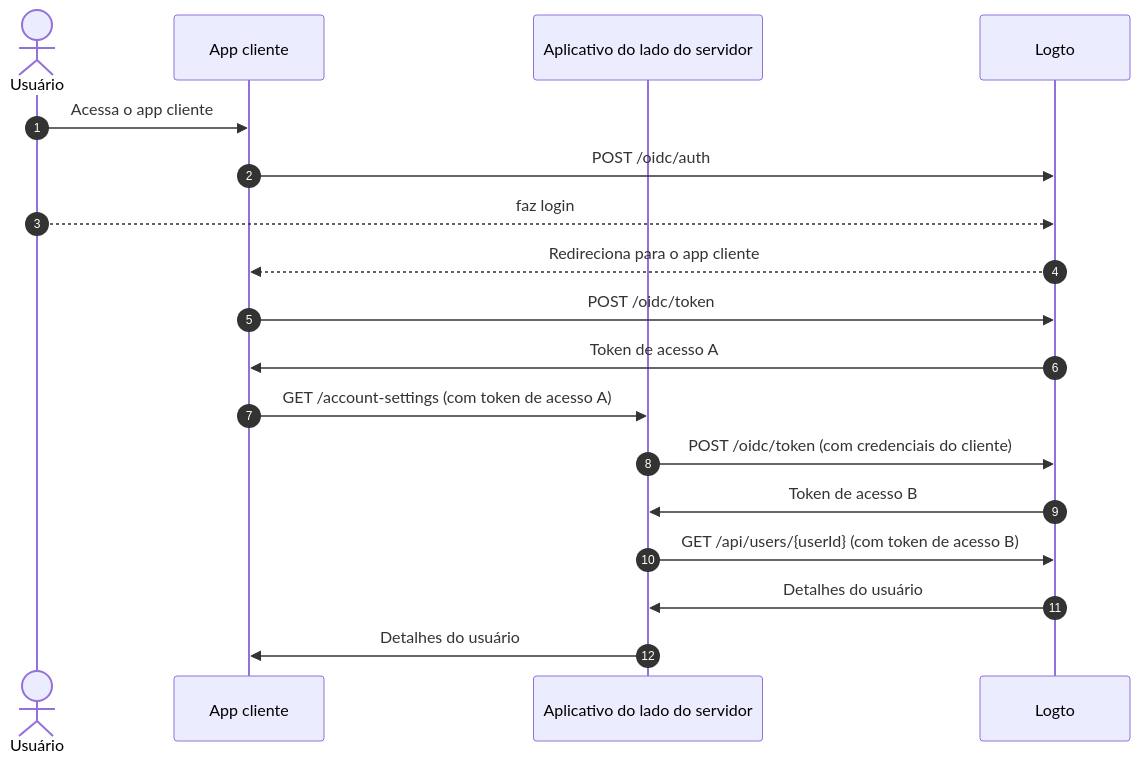
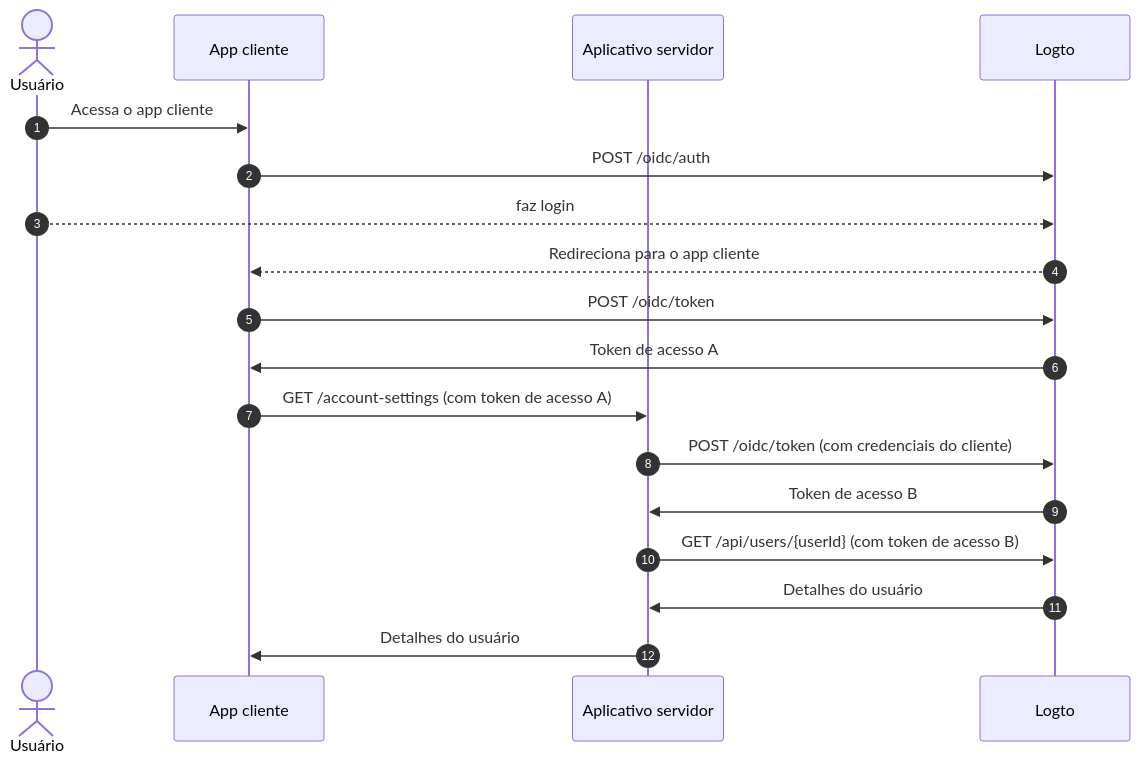
One commit to logto-io/docs changed the second of 3 diagrams in i18n/pt-BR/docusaurus-plugin-content-docs/current/end-user-flows/account-settings/by-management-api.mdx. Above: the diagram before and after it, drawn with Mermaid. The commit also changed other lines of this file and 152 other files, not shown here.

````diff
--- a/i18n/pt-BR/docusaurus-plugin-content-docs/current/end-user-flows/account-settings/by-management-api.mdx
+++ b/i18n/pt-BR/docusaurus-plugin-content-docs/current/end-user-flows/account-settings/by-management-api.mdx
@@ -27,21 +27,21 @@
 ```mermaid
   sequenceDiagram
     autonumber
     actor User as Usuário
     participant Client as App cliente
-    participant Server as Aplicativo do lado do servidor
+    participant Server as Aplicativo servidor
     participant Logto as Logto
 
     User ->> Client: Acessa o app cliente
     Client ->> Logto: POST /oidc/auth
     User -->> Logto: faz login
     Logto -->> Client: Redireciona para o app cliente
     Client ->> Logto: POST /oidc/token
     Logto ->> Client: Token de acesso A
     Client ->> Server: GET /account-settings (com token de acesso A)
     Server ->> Logto: POST /oidc/token (com credenciais do cliente)
     Logto ->> Server: Token de acesso B
     Server ->> Logto: GET /api/users/{userId} (com token de acesso B)
     Logto ->> Server: Detalhes do usuário
     Server ->> Client: Detalhes do usuário
 ```
````
